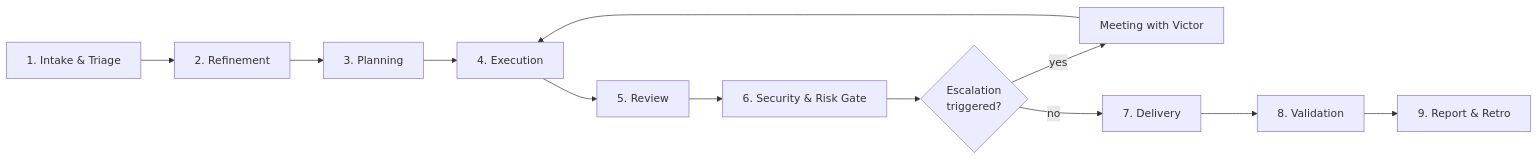
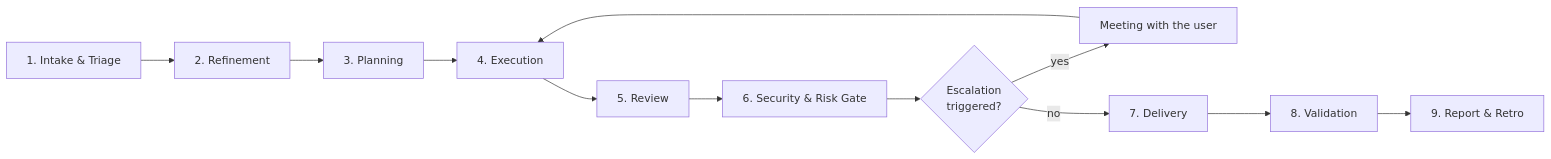
One commit to VictorTomaili/agent-cli changed the first of 2 diagrams in seed/skills/dev-team/WORKFLOW.md. Above: the diagram before and after it, drawn with Mermaid. The commit also changed other lines of this file and 8 other files, not shown here.

````diff
--- a/seed/skills/dev-team/WORKFLOW.md
+++ b/seed/skills/dev-team/WORKFLOW.md
@@ -23,14 +23,14 @@
 ```mermaid
 flowchart LR
     A["1. Intake & Triage"] --> B["2. Refinement"]
     B --> C["3. Planning"]
     C --> D["4. Execution"]
     D --> E["5. Review"]
     E --> F["6. Security & Risk Gate"]
     F --> G{"Escalation\ntriggered?"}
-    G -- yes --> H["Meeting with Victor"]
+    G -- yes --> H["Meeting with the user"]
     H --> D
     G -- no --> I["7. Delivery"]
     I --> J["8. Validation"]
     J --> K["9. Report & Retro"]
 ```
````
